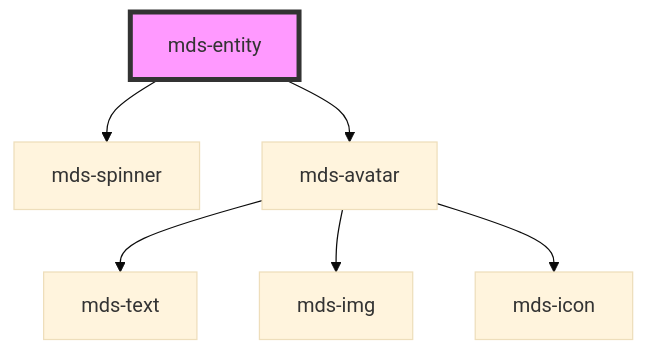
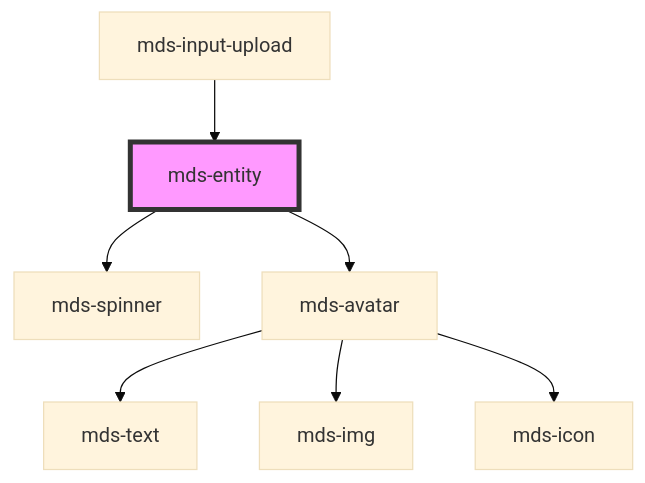
One commit to magma-design-system/magma changed the diagram in projects/stencil/src/components/mds-entity/readme.md. Above: the diagram before and after it, drawn with Mermaid (base theme). The commit also changed other lines of this file and 5 other files, not shown here.

````diff
--- a/projects/stencil/src/components/mds-entity/readme.md
+++ b/projects/stencil/src/components/mds-entity/readme.md
@@ -51,9 +55,10 @@
 ```mermaid
 graph TD;
   mds-entity --> mds-spinner
   mds-entity --> mds-avatar
   mds-avatar --> mds-text
   mds-avatar --> mds-img
   mds-avatar --> mds-icon
+  mds-input-upload --> mds-entity
   style mds-entity fill:#f9f,stroke:#333,stroke-width:4px
 ```
````
